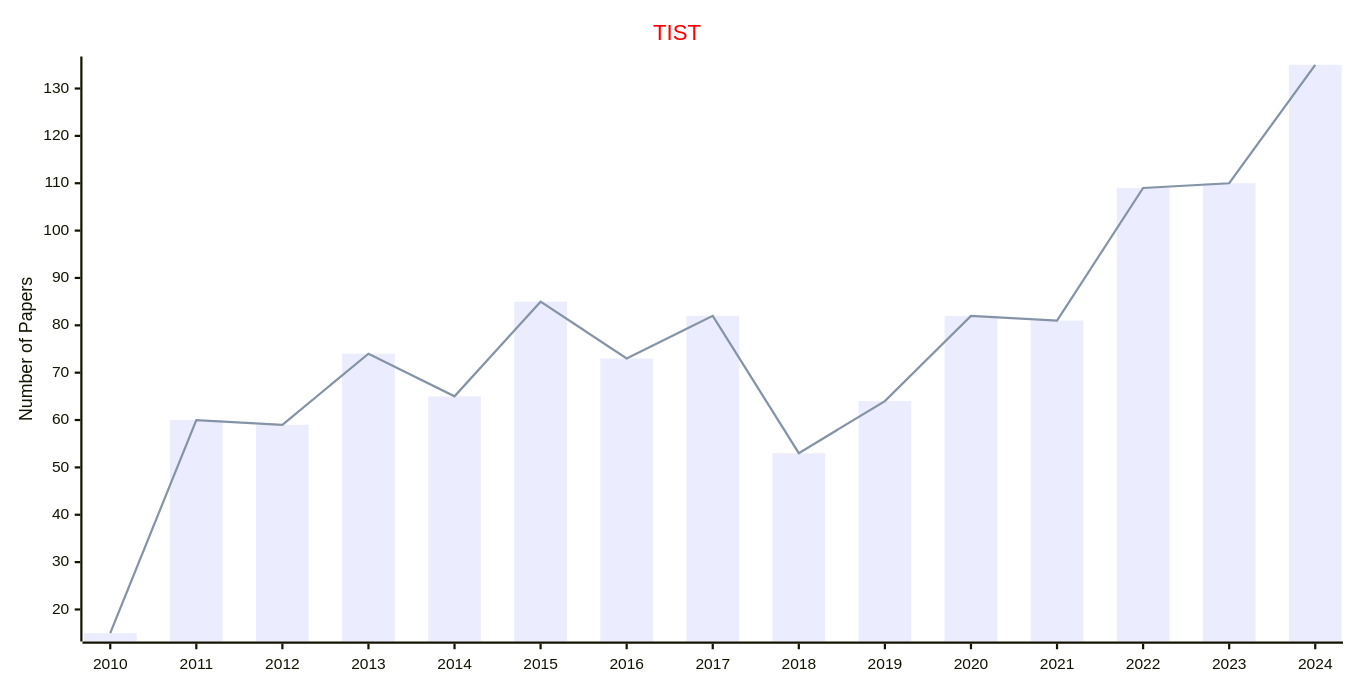
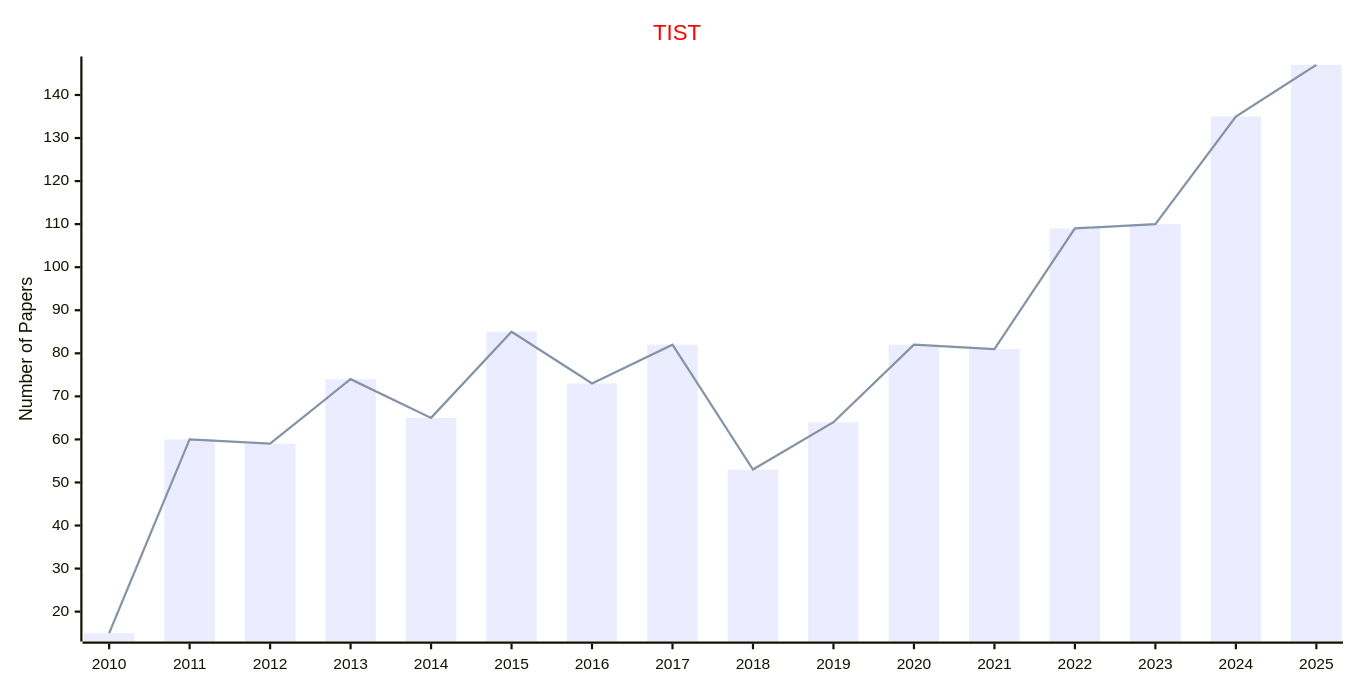
One commit to Easy-PhD/AILinks changed the second of 10 diagrams in docs/data/Journals/Statistics_Journals/Intelligent_Systems.md. Above: the diagram before and after it, drawn with Mermaid. The commit also changed other lines of this file and 93 other files, not shown here.

````diff
--- a/docs/data/Journals/Statistics_Journals/Intelligent_Systems.md
+++ b/docs/data/Journals/Statistics_Journals/Intelligent_Systems.md
@@ -33,17 +33,17 @@
 ```mermaid
 ---
 config:
     xyChart:
         width: 1200
         height: 600
     themeVariables:
         xyChart:
             titleColor: "#ff0000"
 ---
 xychart-beta
     title "TIST"
-    x-axis [2010, 2011, 2012, 2013, 2014, 2015, 2016, 2017, 2018, 2019, 2020, 2021, 2022, 2023, 2024]
+    x-axis [2010, 2011, 2012, 2013, 2014, 2015, 2016, 2017, 2018, 2019, 2020, 2021, 2022, 2023, 2024, 2025]
     y-axis "Number of Papers"
-    bar [15, 60, 59, 74, 65, 85, 73, 82, 53, 64, 82, 81, 109, 110, 135]
-    line [15, 60, 59, 74, 65, 85, 73, 82, 53, 64, 82, 81, 109, 110, 135]
+    bar [15, 60, 59, 74, 65, 85, 73, 82, 53, 64, 82, 81, 109, 110, 135, 147]
+    line [15, 60, 59, 74, 65, 85, 73, 82, 53, 64, 82, 81, 109, 110, 135, 147]
 ```
````
